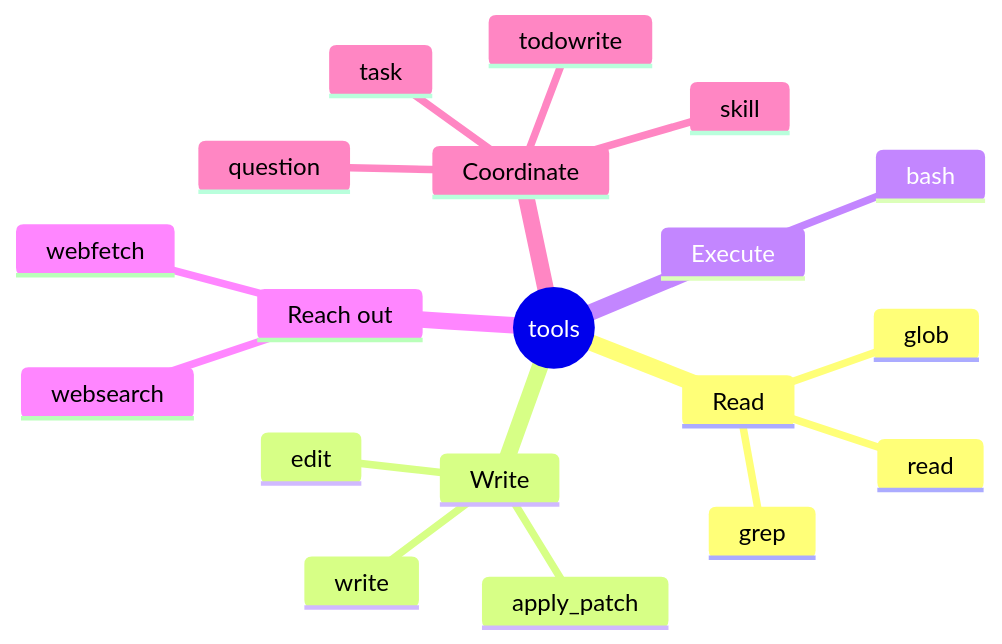
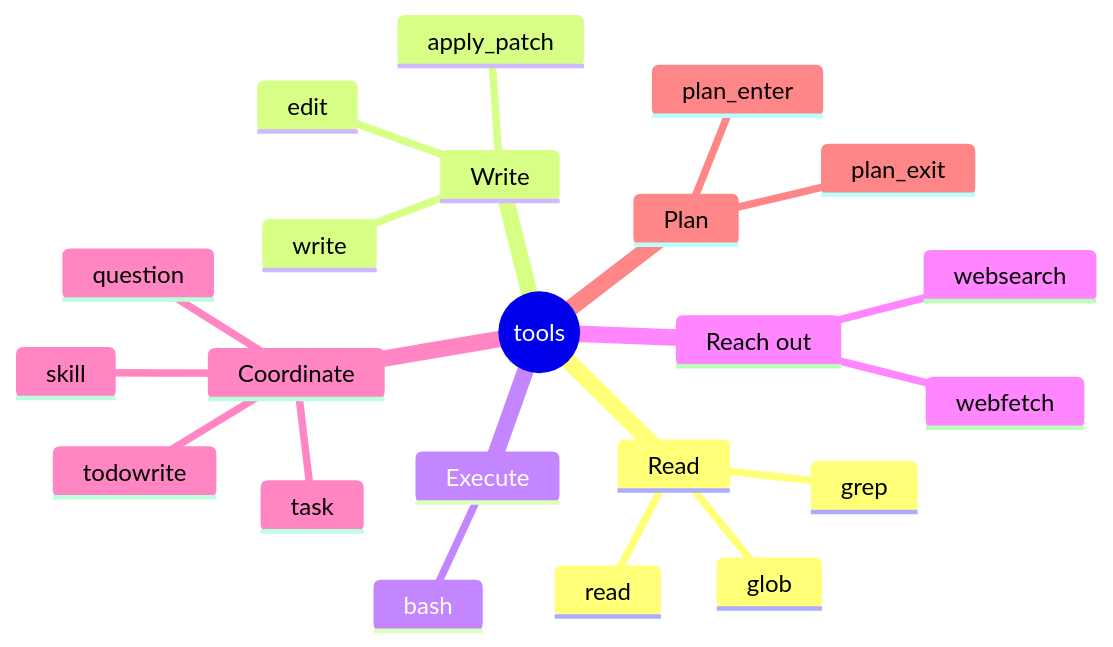
Before and after one commit to langazov/gocode: the first of 3 diagrams in documentation/05-tools-and-permissions.md, drawn with Mermaid. The commit also changed other lines of this file and 8 other files, not shown here.

````diff
--- a/documentation/05-tools-and-permissions.md
+++ b/documentation/05-tools-and-permissions.md
@@ -47,22 +49,25 @@
 ```mermaid
 mindmap
   root((tools))
     Read
       read
       glob
       grep
     Write
       write
       edit
       apply_patch
     Execute
       bash
     Reach out
       webfetch
       websearch
     Coordinate
       task
       todowrite
       skill
       question
+    Plan
+      plan_enter
+      plan_exit
 ```
````
